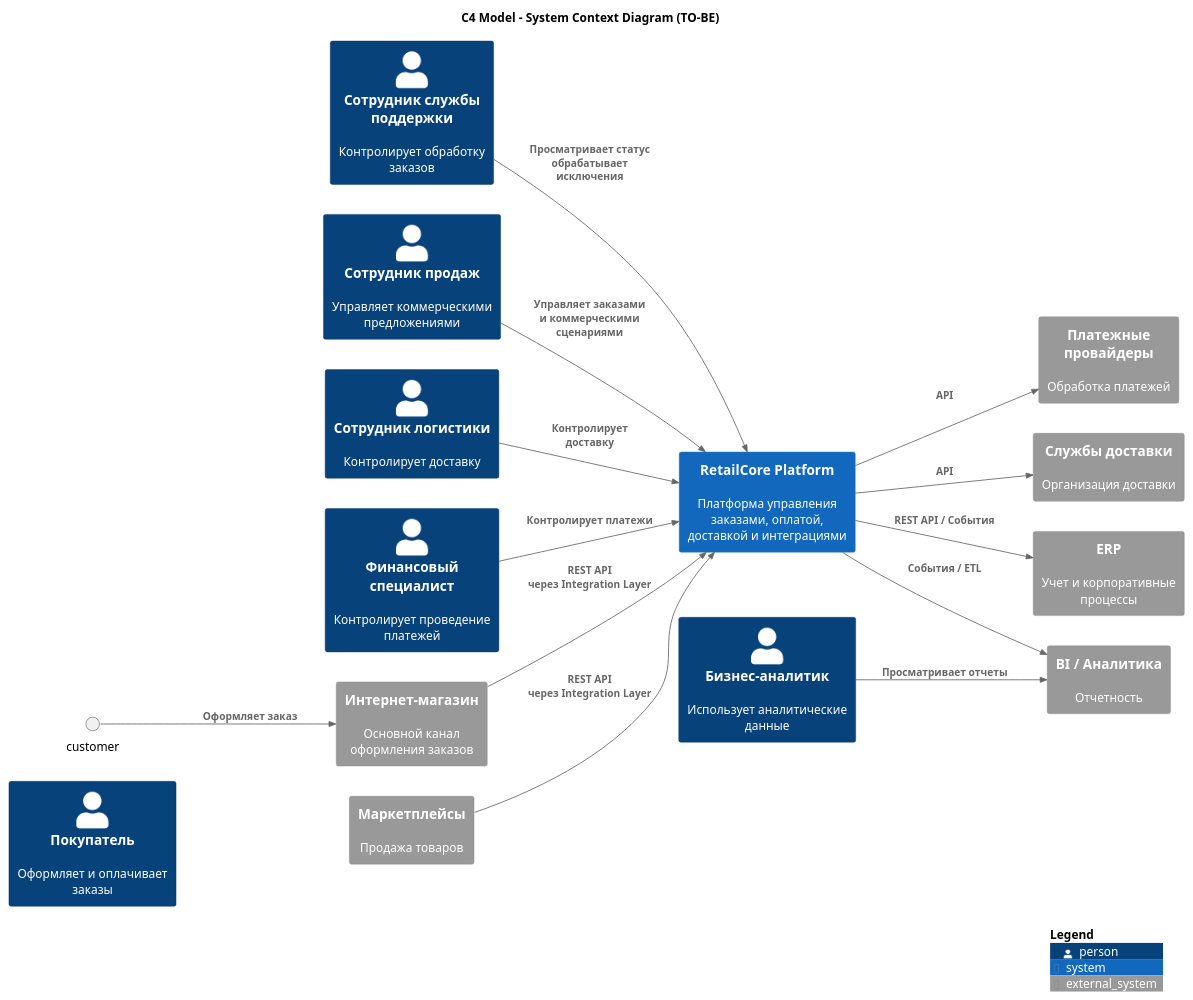
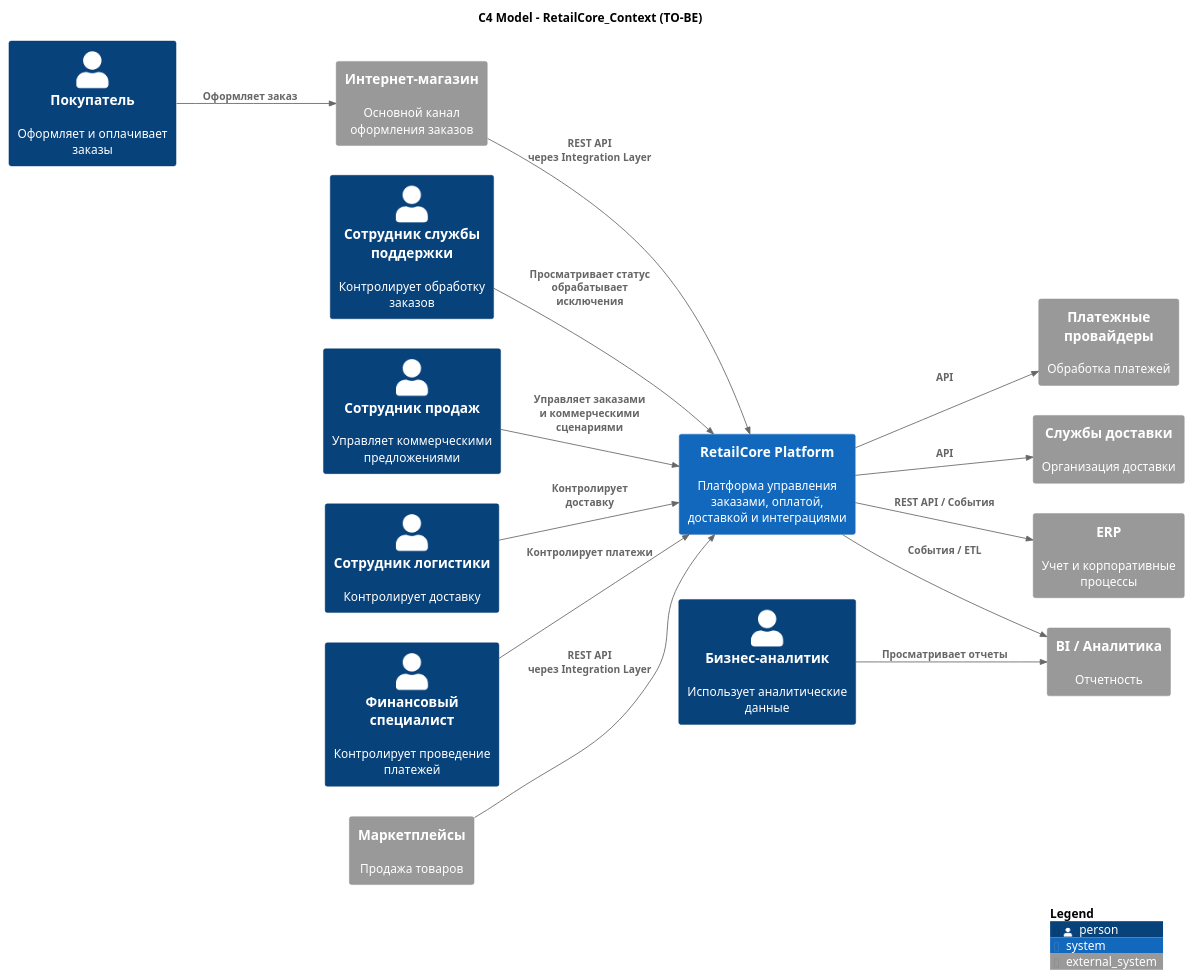
The diagram in Task3/Diagrams/To-Be context.md (gininvadim290588/Ginin_Solution-RetailCor_Sprint4), drawn with PlantUML before and after one commit.

Commit message:
Update To-Be context.md

```diff
--- a/Task3/Diagrams/To-Be context.md
+++ b/Task3/Diagrams/To-Be context.md
@@ -1,74 +1,74 @@
 @startuml RetailCore_Context_TOBE
 
 !include https://raw.githubusercontent.com/plantuml-stdlib/C4-PlantUML/master/C4_Context.puml
 
-title C4 Model - System Context Diagram (TO-BE)
+title C4 Model - RetailCore_Context (TO-BE)
 
 LAYOUT_LEFT_RIGHT()
 '========================
 ' Пользователи
 '========================
-Person( mcustomer,"Покупатель","Оформляет и оплачивает заказы")
+Person( customer,"Покупатель","Оформляет и оплачивает заказы")
 Person( support,"Сотрудник службы поддержки","Контролирует обработку заказов")
 Person( sales,"Сотрудник продаж","Управляет коммерческими предложениями")
 Person( logistics,"Сотрудник логистики","Контролирует доставку")
 Person( finance,"Финансовый специалист","Контролирует проведение платежей")
 Person( analyst,"Бизнес-аналитик","Использует аналитические данные")
 
 '========================
 ' Основная система
 '========================
 
 System(retailcore,"RetailCore Platform","Платформа управления заказами, оплатой, доставкой и интеграциями")
 
 '========================
 ' Внешние системы
 '========================
 
 System_Ext(webshop,"Интернет-магазин","Основной канал оформления заказов")
 
 System_Ext(marketplaces,"Маркетплейсы","Продажа товаров")
 
 System_Ext(payment,"Платежные провайдеры","Обработка платежей")
 
 System_Ext(delivery,"Службы доставки","Организация доставки")
 
 System_Ext(erp,"ERP","Учет и корпоративные процессы")
 
 System_Ext(bi,"BI / Аналитика","Отчетность")
 
 '========================
 ' Пользователи
 '========================
 
 Rel(customer, webshop, "Оформляет заказ")
 
 Rel(support, retailcore,"Просматривает статус\nобрабатывает исключения")
 
 Rel(sales, retailcore,"Управляет заказами\nи коммерческими сценариями")
 
 Rel(logistics, retailcore,"Контролирует доставку")
 
 Rel(finance, retailcore,"Контролирует платежи")
 
 Rel(analyst, bi,"Просматривает отчеты")
 
 '========================
 ' Интеграции
 '========================
 
 Rel(webshop,retailcore,"REST API\nчерез Integration Layer")
 
 Rel(marketplaces,retailcore,"REST API\nчерез Integration Layer")
 
 Rel(retailcore,payment,"API")
 
 Rel(retailcore,delivery,"API")
 
 Rel(retailcore,erp,"REST API / События")
 
 Rel(retailcore,bi,"События / ETL")
 
 SHOW_LEGEND()
 
 @enduml
```
